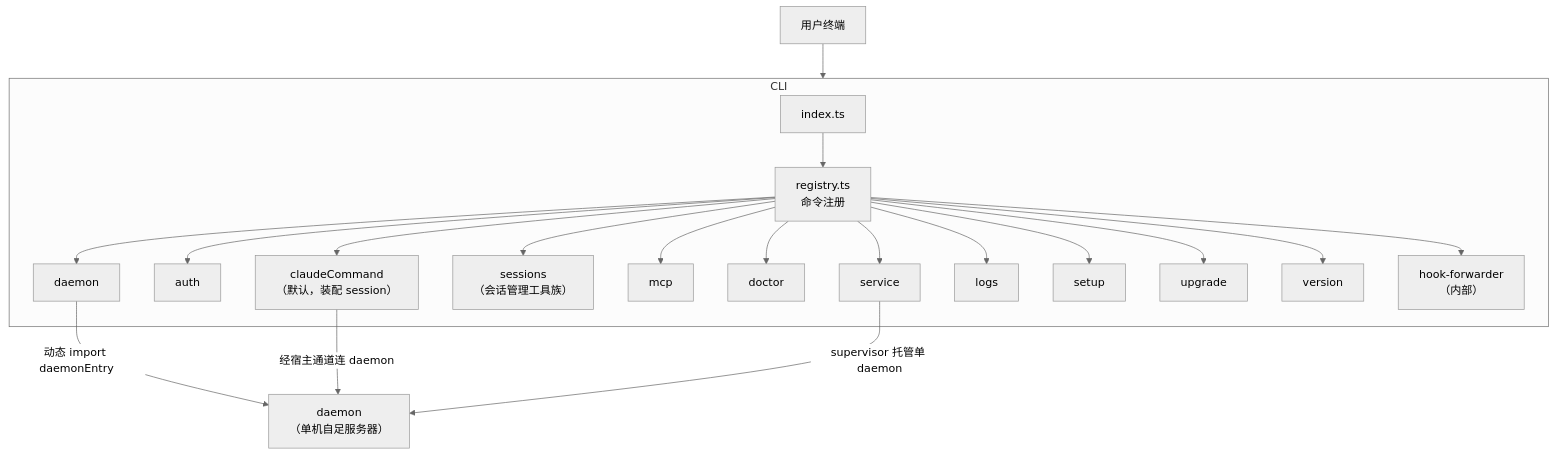
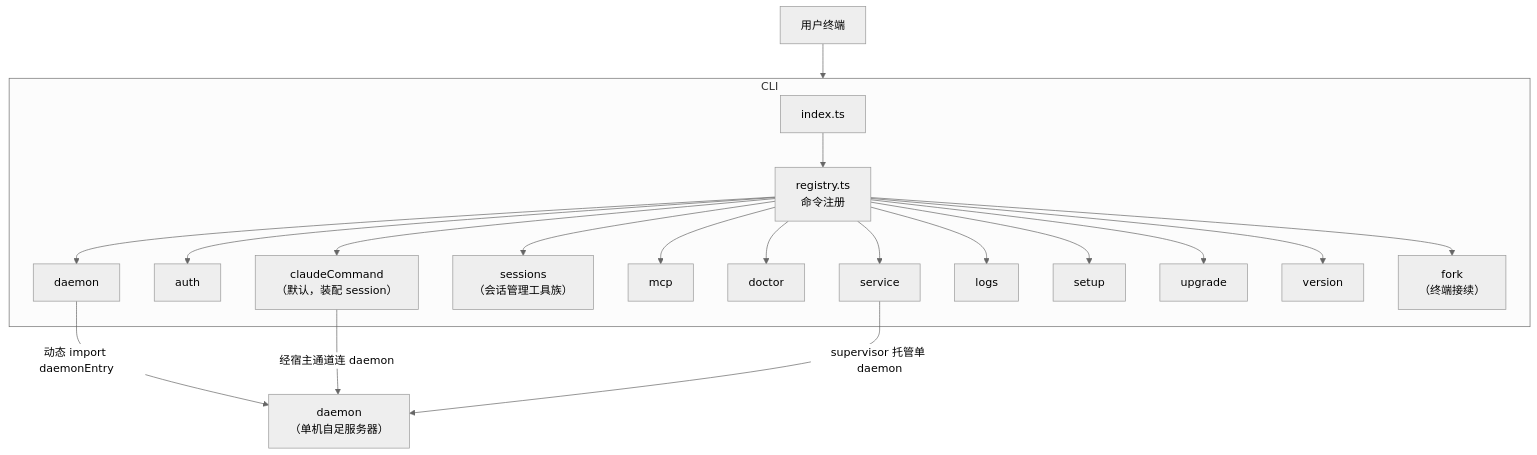
One commit to ModuBit/mobi changed the first of 3 diagrams in docs/architecture/cli/README.md. Above: the diagram before and after it, drawn with Mermaid (neutral theme). The commit also changed other lines of this file and 96 other files, not shown here.

````diff
--- a/docs/architecture/cli/README.md
+++ b/docs/architecture/cli/README.md
@@ -7,28 +7,28 @@
 ```mermaid
 graph TB
     User["用户终端"] --> CLI["mobi CLI"]
 
     subgraph CLI
         Entry["index.ts"]
         Registry["registry.ts<br/>命令注册"]
         CmdDefault["claudeCommand<br/>（默认，装配 session）"]
         CmdAuth["auth"]
         CmdDaemon["daemon"]
         CmdSessions["sessions<br/>（会话管理工具族）"]
         CmdMcp["mcp"]
         CmdDoctor["doctor"]
         CmdService["service"]
         CmdLogs["logs"]
         CmdSetup["setup"]
         CmdUpgrade["upgrade"]
         CmdVersion["version"]
-        CmdHook["hook-forwarder<br/>（内部）"]
+        CmdFork["fork<br/>（终端接续）"]
     end
 
     Entry --> Registry
-    Registry --> CmdDefault & CmdAuth & CmdDaemon & CmdSessions & CmdMcp & CmdDoctor & CmdService & CmdLogs & CmdSetup & CmdUpgrade & CmdVersion & CmdHook
+    Registry --> CmdDefault & CmdAuth & CmdDaemon & CmdSessions & CmdMcp & CmdDoctor & CmdService & CmdLogs & CmdSetup & CmdUpgrade & CmdVersion & CmdFork
 
     CmdDaemon -->|"动态 import daemonEntry"| Daemon["daemon<br/>（单机自足服务器）"]
     CmdDefault -->|"经宿主通道连 daemon"| Daemon
     CmdService -->|"supervisor 托管单 daemon"| Daemon
 ```
````
